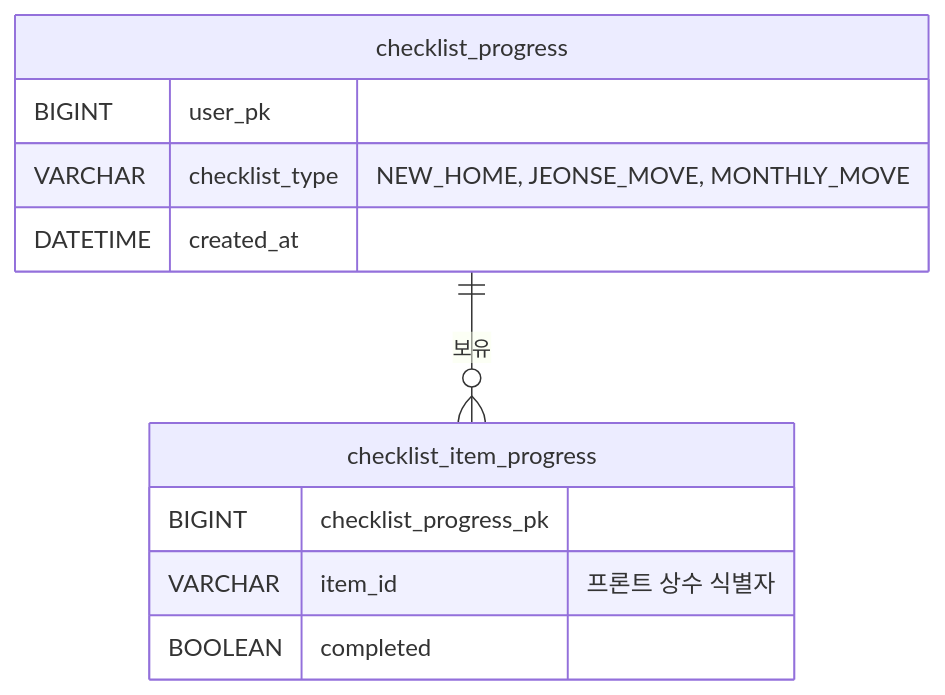
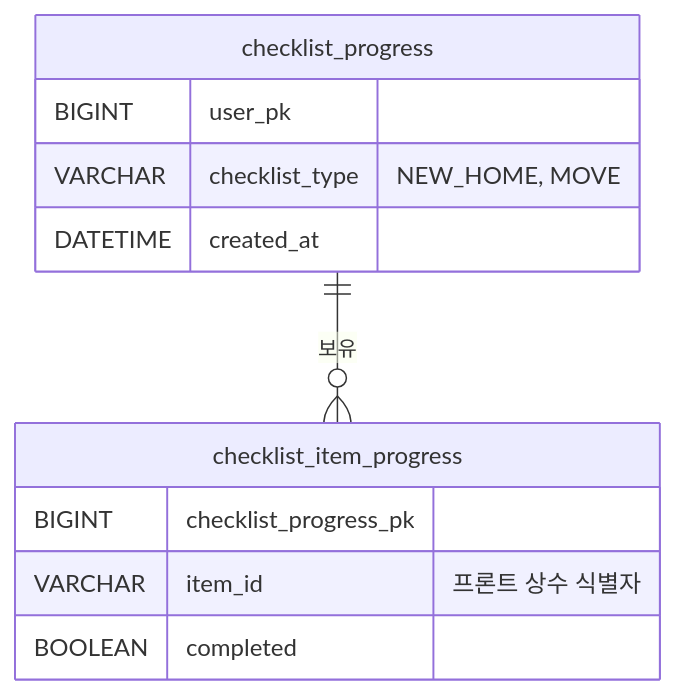
Before and after one commit to yujung7768903/zaritalk-checklist: the diagram in 데이터베이스.md, drawn with Mermaid. The commit also changed other lines of this file and 5 other files, not shown here.

````diff
--- a/데이터베이스.md
+++ b/데이터베이스.md
@@ -12,16 +12,16 @@
 ```mermaid
 erDiagram
     checklist_progress {
         BIGINT user_pk
-        VARCHAR checklist_type "NEW_HOME, JEONSE_MOVE, MONTHLY_MOVE"
+        VARCHAR checklist_type "NEW_HOME, MOVE"
         DATETIME created_at
     }
 
     checklist_item_progress {
         BIGINT checklist_progress_pk
         VARCHAR item_id "프론트 상수 식별자"
         BOOLEAN completed
     }
 
     checklist_progress ||--o{ checklist_item_progress : "보유"
 ```
````
